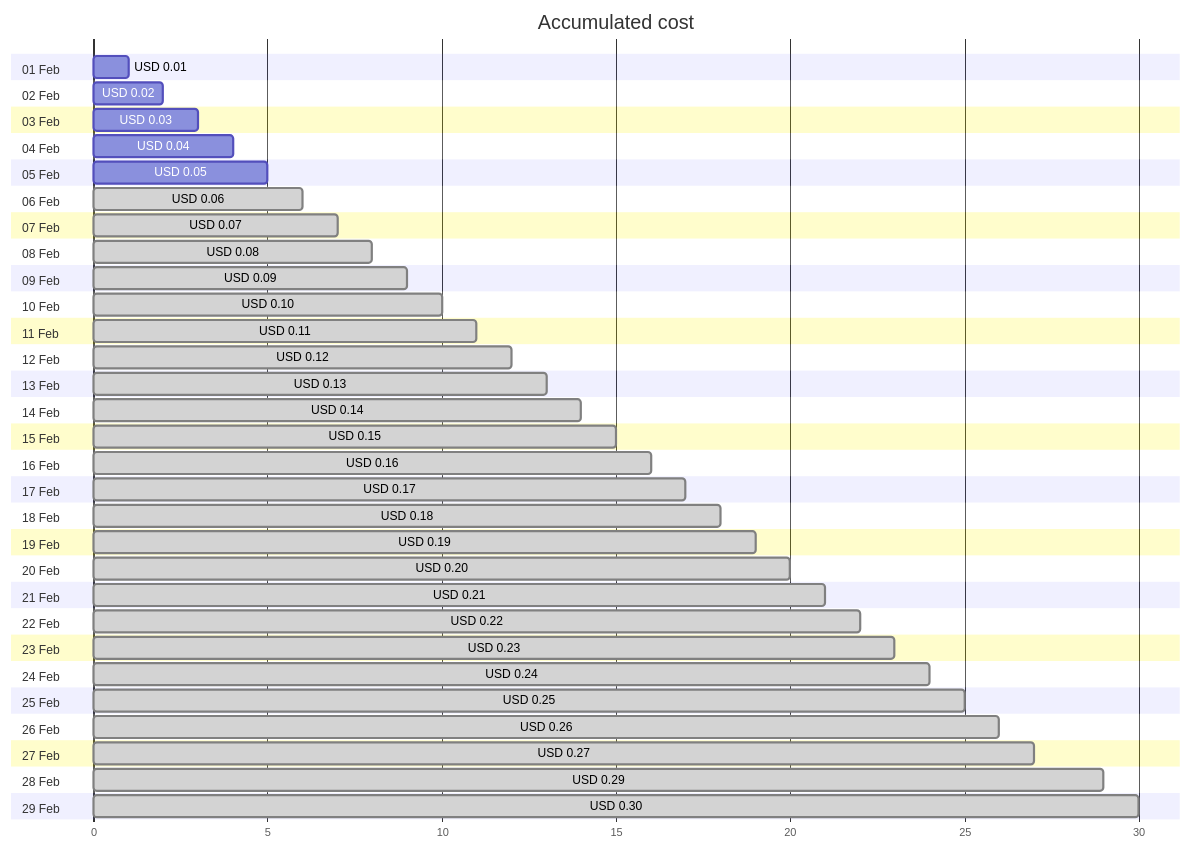
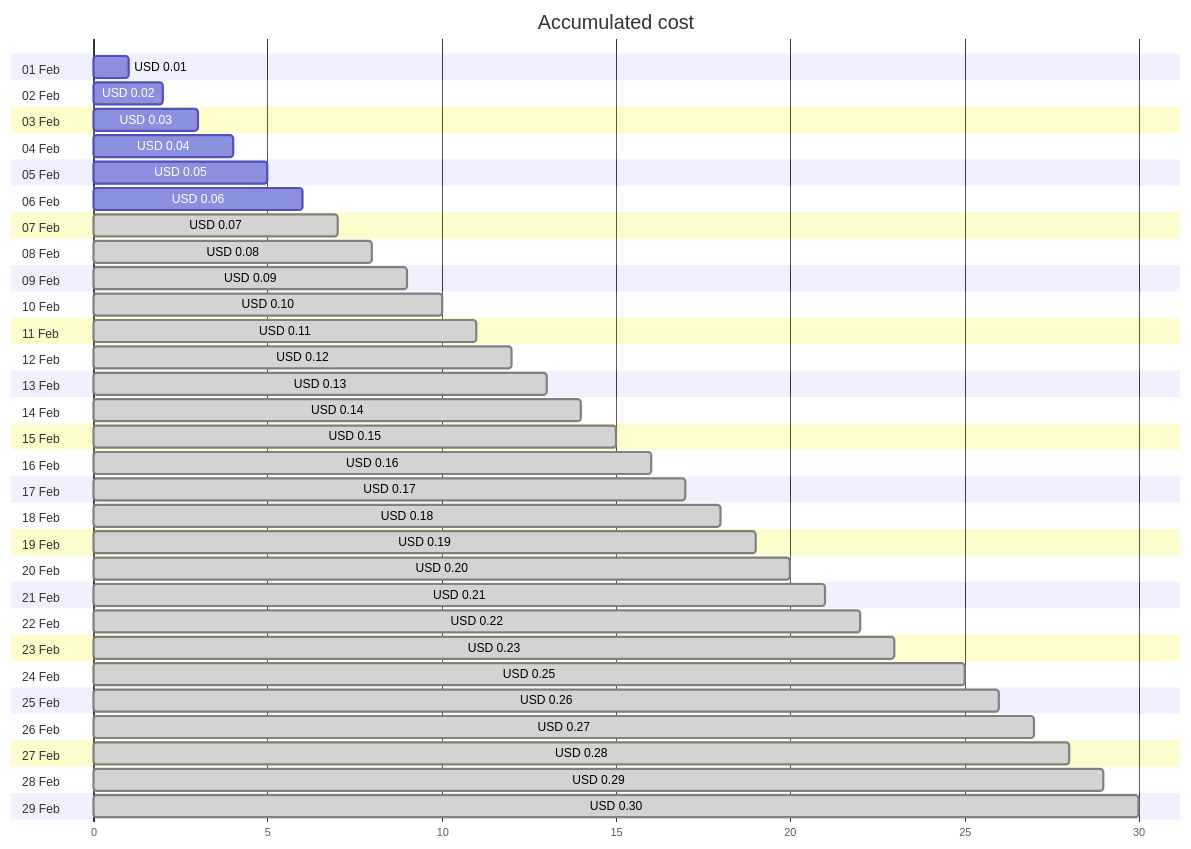
Before and after one commit to jpfulton/azure-personal-reports: the first of 4 diagrams in cost-reports/cloud-shell-storage-eastus/README.md, drawn with Mermaid. The commit also changed other lines of this file and 1 other file, not shown here.

````diff
--- a/cost-reports/cloud-shell-storage-eastus/README.md
+++ b/cost-reports/cloud-shell-storage-eastus/README.md
@@ -20,64 +20,64 @@
 ```mermaid
 gantt
    title Accumulated cost
    dateFormat  X
    axisFormat %s
    section 01 Feb
    USD 0.01 :0, 1
    section 02 Feb
    USD 0.02 :0, 2
    section 03 Feb
    USD 0.03 :0, 3
    section 04 Feb
    USD 0.04 :0, 4
    section 05 Feb
    USD 0.05 :0, 5
    section 06 Feb
-   USD 0.06 : done, 0, 6
+   USD 0.06 :0, 6
    section 07 Feb
    USD 0.07 : done, 0, 7
    section 08 Feb
    USD 0.08 : done, 0, 8
    section 09 Feb
    USD 0.09 : done, 0, 9
    section 10 Feb
    USD 0.10 : done, 0, 10
    section 11 Feb
    USD 0.11 : done, 0, 11
    section 12 Feb
    USD 0.12 : done, 0, 12
    section 13 Feb
    USD 0.13 : done, 0, 13
    section 14 Feb
    USD 0.14 : done, 0, 14
    section 15 Feb
    USD 0.15 : done, 0, 15
    section 16 Feb
    USD 0.16 : done, 0, 16
    section 17 Feb
    USD 0.17 : done, 0, 17
    section 18 Feb
    USD 0.18 : done, 0, 18
    section 19 Feb
    USD 0.19 : done, 0, 19
    section 20 Feb
    USD 0.20 : done, 0, 20
    section 21 Feb
    USD 0.21 : done, 0, 21
    section 22 Feb
    USD 0.22 : done, 0, 22
    section 23 Feb
    USD 0.23 : done, 0, 23
    section 24 Feb
-   USD 0.24 : done, 0, 24
+   USD 0.25 : done, 0, 25
    section 25 Feb
-   USD 0.25 : done, 0, 25
+   USD 0.26 : done, 0, 26
    section 26 Feb
-   USD 0.26 : done, 0, 26
+   USD 0.27 : done, 0, 27
    section 27 Feb
-   USD 0.27 : done, 0, 27
+   USD 0.28 : done, 0, 28
    section 28 Feb
    USD 0.29 : done, 0, 29
    section 29 Feb
    USD 0.30 : done, 0, 30
 ```
````
